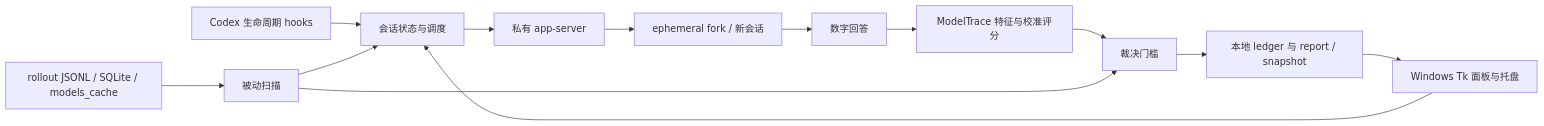
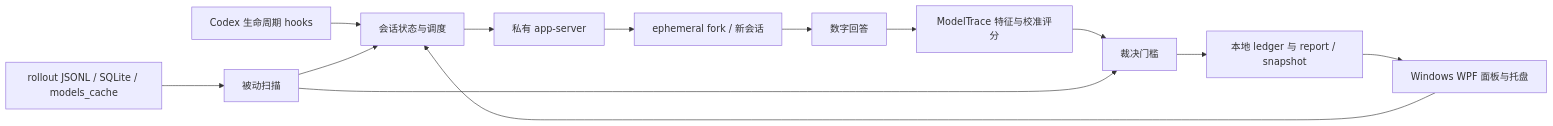
Before and after one commit to vvcchh0/is-gpt-nerfed: the diagram in docs/ANALYSIS.zh-CN.md, drawn with Mermaid. The commit also changed other lines of this file and 20 other files, not shown here.

Commit message:
Rebuild Windows panel with native WPF and responsive probe controls

````diff
--- a/docs/ANALYSIS.zh-CN.md
+++ b/docs/ANALYSIS.zh-CN.md
@@ -36,15 +36,15 @@
 ```mermaid
 flowchart LR
     H[Codex 生命周期 hooks] --> L[会话状态与调度]
     J[rollout JSONL / SQLite / models_cache] --> P[被动扫描]
     P --> L
     L --> A[私有 app-server]
     A --> F[ephemeral fork / 新会话]
     F --> N[数字回答]
     N --> S[ModelTrace 特征与校准评分]
     S --> V[裁决门槛]
     P --> V
     V --> R[本地 ledger 与 report / snapshot]
-    R --> U[Windows Tk 面板与托盘]
+    R --> U[Windows WPF 面板与托盘]
     U --> L
 ```
````
